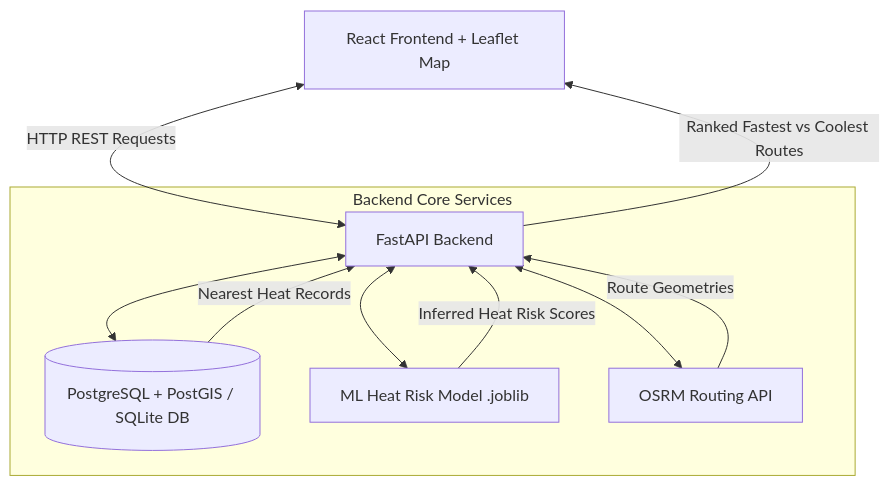
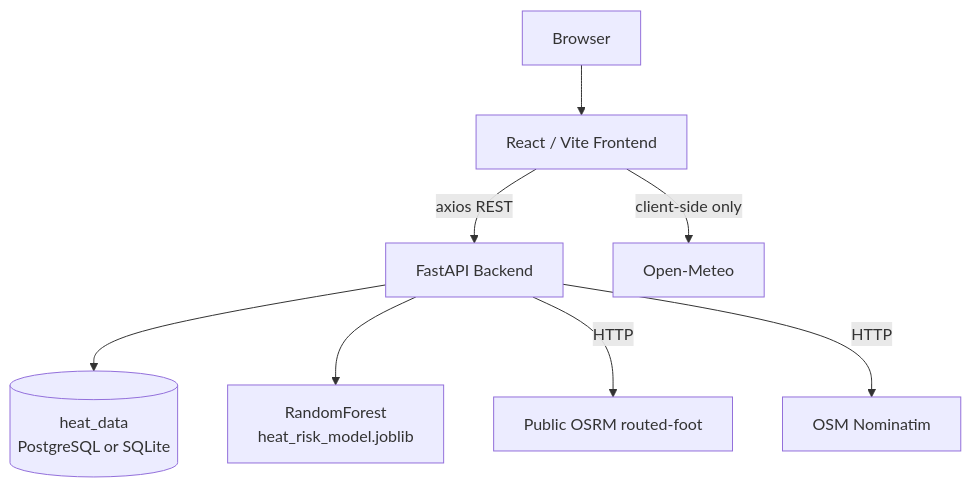
One commit to Rohit-1123/UrbanHeat changed the diagram in README.md. Above: the diagram before and after it, drawn with Mermaid. The commit also changed other lines of this file and 7 other files, not shown here.

````diff
--- a/README.md
+++ b/README.md
@@ -46,15 +46,10 @@
 ```mermaid
-graph TD
-    A[React Frontend + Leaflet Map] <-->|HTTP REST Requests| B[FastAPI Backend]
-    
-    subgraph Backend Core Services
-        B <--> C[(PostgreSQL + PostGIS / SQLite DB)]
-        B <--> D[ML Heat Risk Model .joblib]
-        B <--> E[OSRM Routing API]
-    end
-    
-    E -->|Route Geometries| B
-    C -->|Nearest Heat Records| B
-    D -->|Inferred Heat Risk Scores| B
-    B -->|Ranked Fastest vs Coolest Routes| A
+flowchart TD
+    U[Browser] --> FE[React / Vite Frontend]
+    FE -->|axios REST| BE[FastAPI Backend]
+    BE --> DB[(heat_data\nPostgreSQL or SQLite)]
+    BE --> ML[RandomForest\nheat_risk_model.joblib]
+    BE -->|HTTP| OSRM[Public OSRM routed-foot]
+    BE -->|HTTP| NOM[OSM Nominatim]
+    FE -->|client-side only| OM[Open-Meteo]
 ```
````
